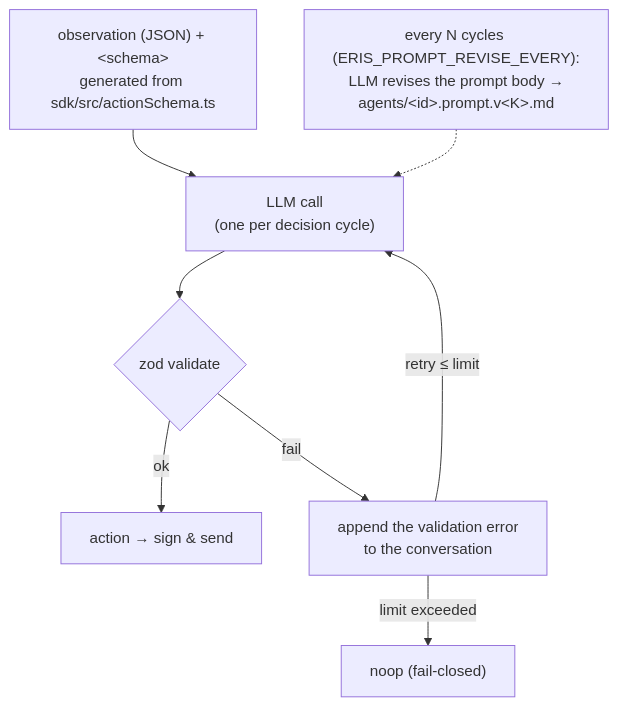
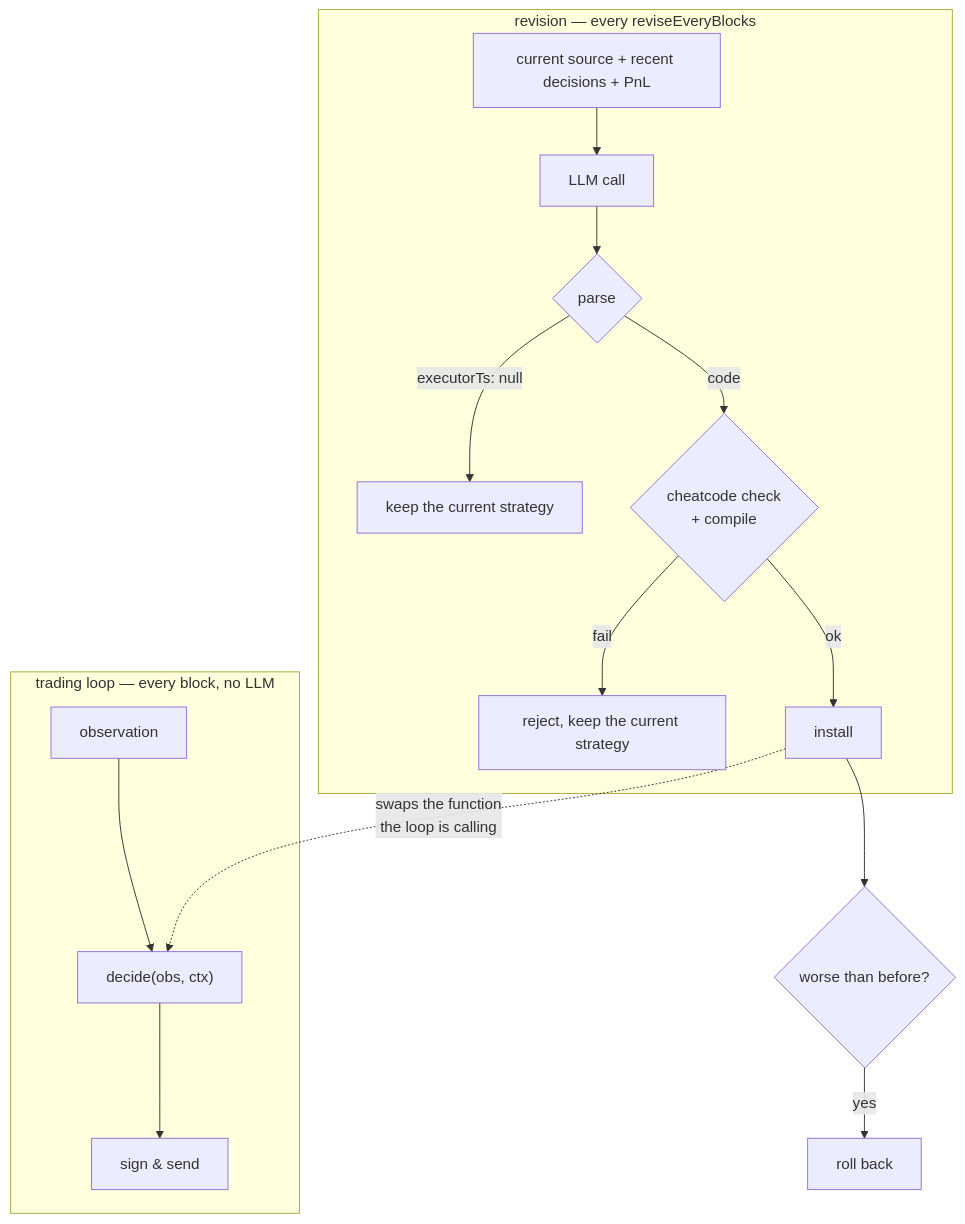
One commit to NyxFoundation/eris-agent-simulator changed the diagram in docs/guide/llm-agents.md. Above: the diagram before and after it, drawn with Mermaid. The commit also changed other lines of this file and 40 other files, not shown here.

````diff
--- a/docs/guide/llm-agents.md
+++ b/docs/guide/llm-agents.md
@@ -20,10 +30,17 @@
 ```mermaid
 flowchart TB
-  OBS["observation (JSON) + &lt;schema&gt;<br/>generated from sdk/src/actionSchema.ts"] --> CALL["LLM call<br/>(one per decision cycle)"]
-  CALL --> V{"zod validate"}
-  V -->|"ok"| ACT["action → sign & send"]
-  V -->|"fail"| FB["append the validation error<br/>to the conversation"]
-  FB -->|"retry ≤ limit"| CALL
-  FB -->|"limit exceeded"| NOOP["noop (fail-closed)"]
-  REV["every N cycles (ERIS_PROMPT_REVISE_EVERY):<br/>LLM revises the prompt body →<br/>agents/&lt;id&gt;.prompt.v&lt;K&gt;.md"] -.-> CALL
+  subgraph loop["trading loop — every block, no LLM"]
+    OBS["observation"] --> DEC["decide(obs, ctx)"] --> TX["sign & send"]
+  end
+  subgraph rev["revision — every reviseEveryBlocks"]
+    CTX["current source + recent decisions + PnL"] --> CALL["LLM call"]
+    CALL --> P{"parse"}
+    P -->|"executorTs: null"| KEEP["keep the current strategy"]
+    P -->|"code"| CHK{"cheatcode check<br/>+ compile"}
+    CHK -->|"fail"| REJ["reject, keep the current strategy"]
+    CHK -->|"ok"| INST["install"]
+  end
+  INST -.->|"swaps the function<br/>the loop is calling"| DEC
+  INST --> RB{"worse than before?"}
+  RB -->|"yes"| BACK["roll back"]
 ```
````
